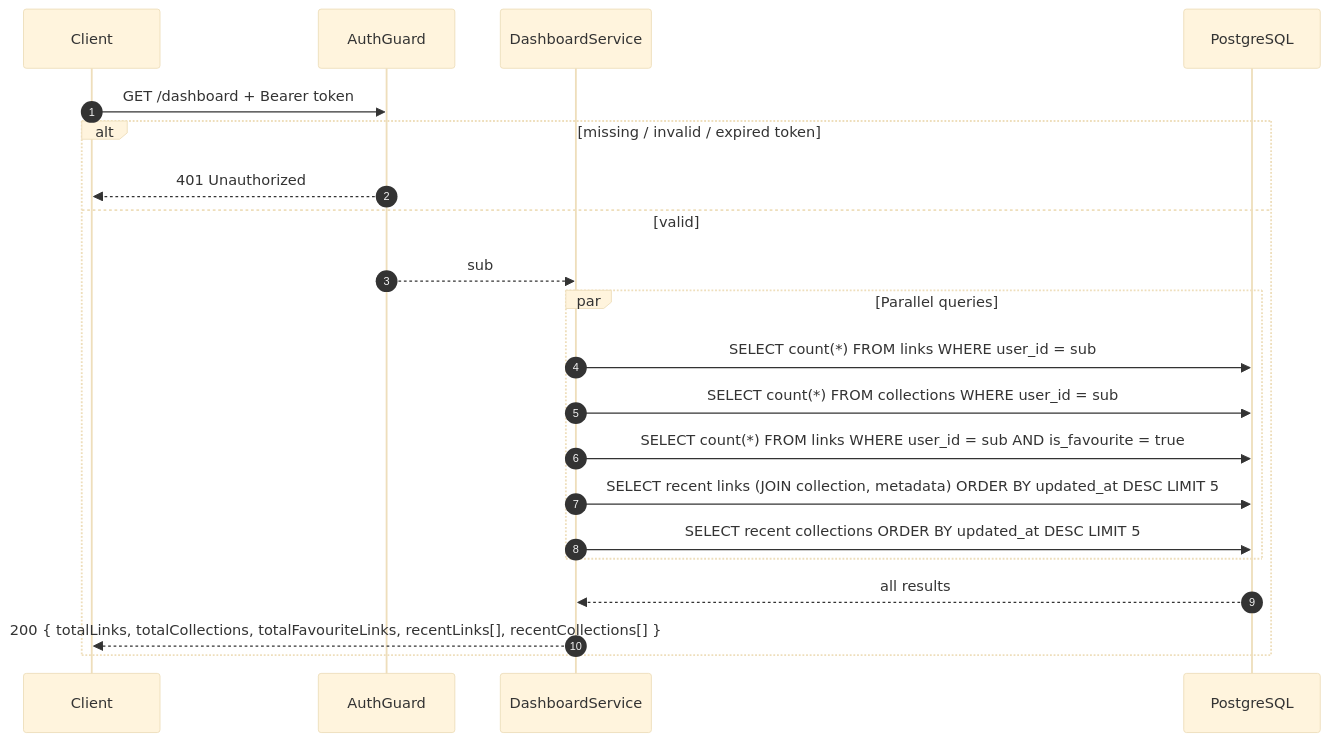
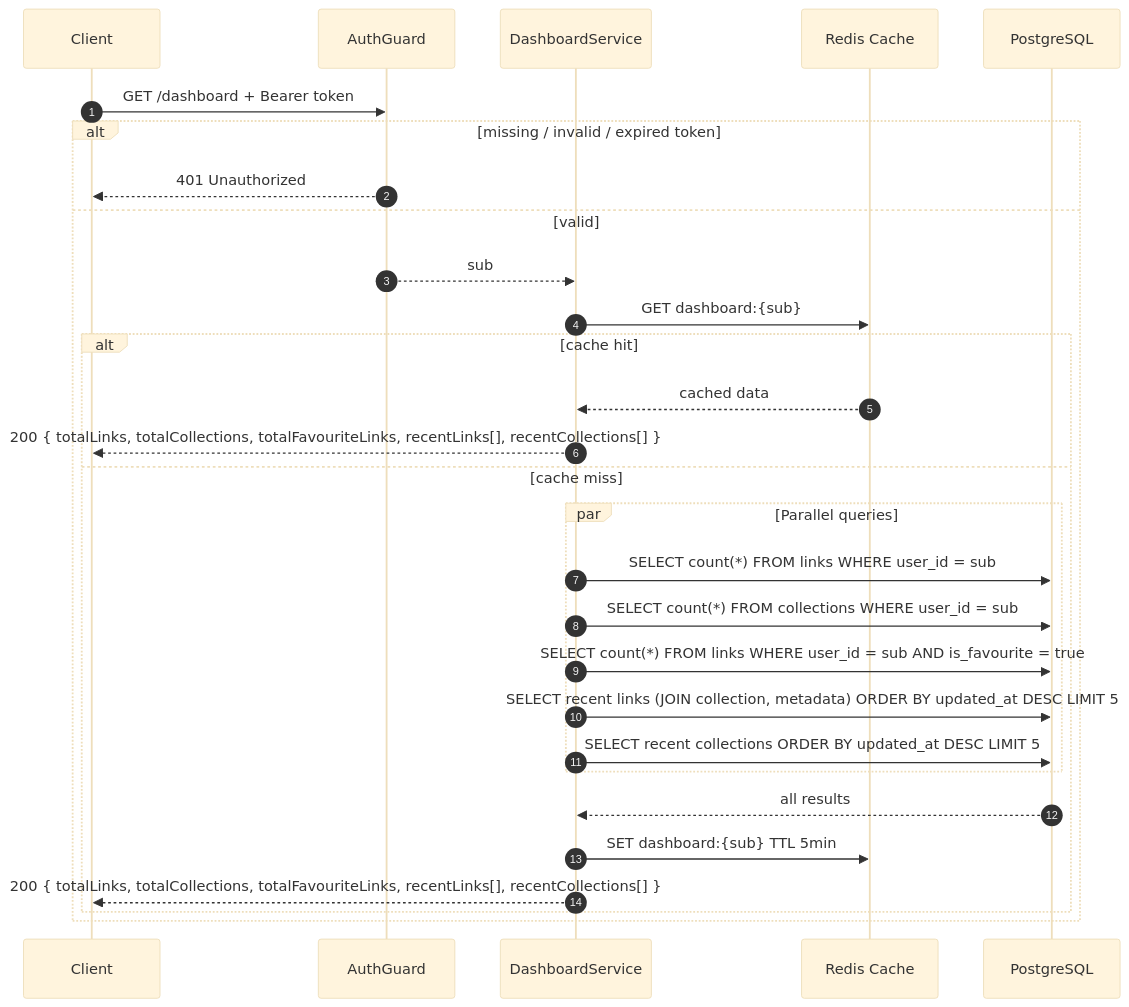
Before and after one commit to raunak-ray/LinkVault: the diagram in api/docs/dashboard/02-dashboard-data.md, drawn with Mermaid (base theme). The commit also changed other lines of this file and 15 other files, not shown here.

First line of the commit message:
Implement Redis caching and invalidation for dashboard and collections (#12)

````diff
--- a/api/docs/dashboard/02-dashboard-data.md
+++ b/api/docs/dashboard/02-dashboard-data.md
@@ -7,24 +7,32 @@
 ```mermaid
 sequenceDiagram
     autonumber
     participant C as Client
     participant G as AuthGuard
     participant S as DashboardService
+    participant Cache as Redis Cache
     participant DB as PostgreSQL
 
     C->>G: GET /dashboard + Bearer token
     alt missing / invalid / expired token
         G-->>C: 401 Unauthorized
     else valid
         G-->>S: sub
-        par Parallel queries
-            S->>DB: SELECT count(*) FROM links WHERE user_id = sub
-            S->>DB: SELECT count(*) FROM collections WHERE user_id = sub
-            S->>DB: SELECT count(*) FROM links WHERE user_id = sub AND is_favourite = true
-            S->>DB: SELECT recent links (JOIN collection, metadata) ORDER BY updated_at DESC LIMIT 5
-            S->>DB: SELECT recent collections ORDER BY updated_at DESC LIMIT 5
+        S->>Cache: GET dashboard:{sub}
+        alt cache hit
+            Cache-->>S: cached data
+            S-->>C: 200 { totalLinks, totalCollections, totalFavouriteLinks, recentLinks[], recentCollections[] }
+        else cache miss
+            par Parallel queries
+                S->>DB: SELECT count(*) FROM links WHERE user_id = sub
+                S->>DB: SELECT count(*) FROM collections WHERE user_id = sub
+                S->>DB: SELECT count(*) FROM links WHERE user_id = sub AND is_favourite = true
+                S->>DB: SELECT recent links (JOIN collection, metadata) ORDER BY updated_at DESC LIMIT 5
+                S->>DB: SELECT recent collections ORDER BY updated_at DESC LIMIT 5
+            end
+            DB-->>S: all results
+            S->>Cache: SET dashboard:{sub} TTL 5min
+            S-->>C: 200 { totalLinks, totalCollections, totalFavouriteLinks, recentLinks[], recentCollections[] }
         end
-        DB-->>S: all results
-        S-->>C: 200 { totalLinks, totalCollections, totalFavouriteLinks, recentLinks[], recentCollections[] }
     end
 ```
````
